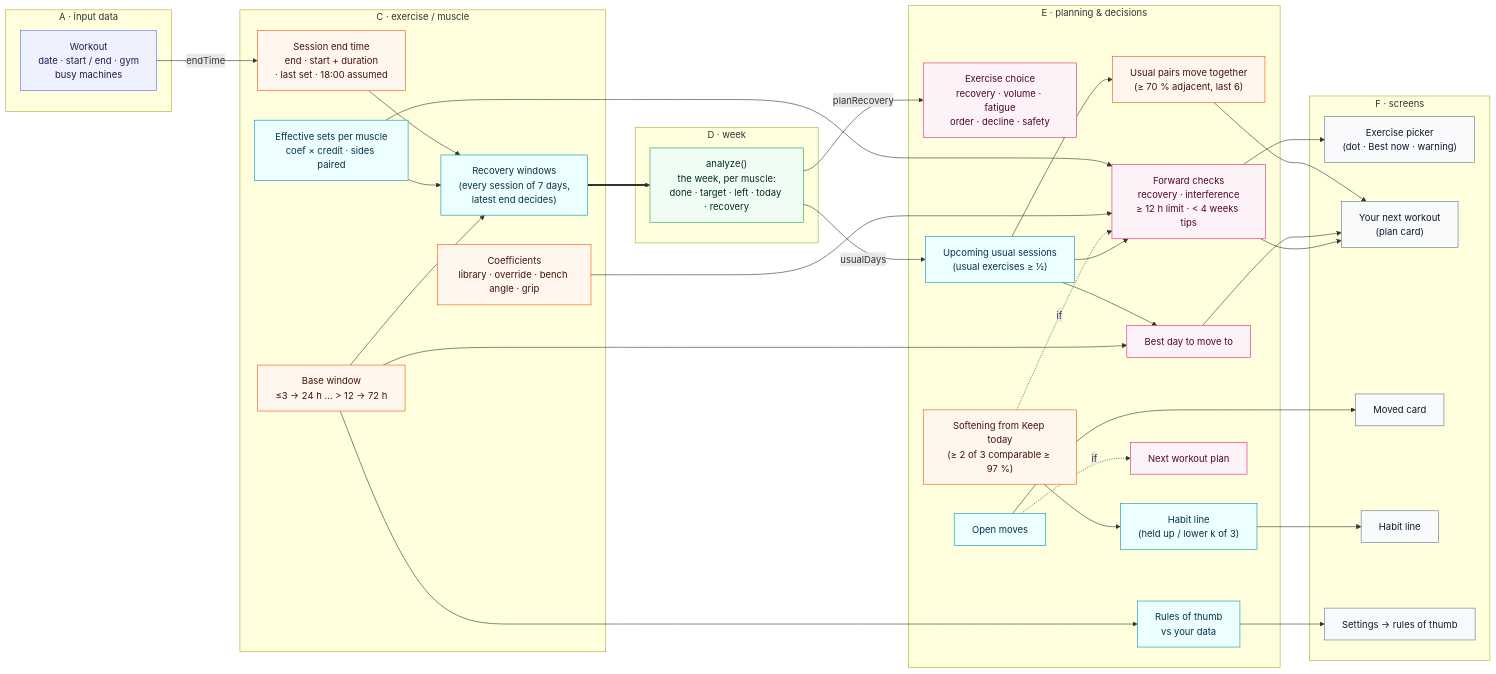
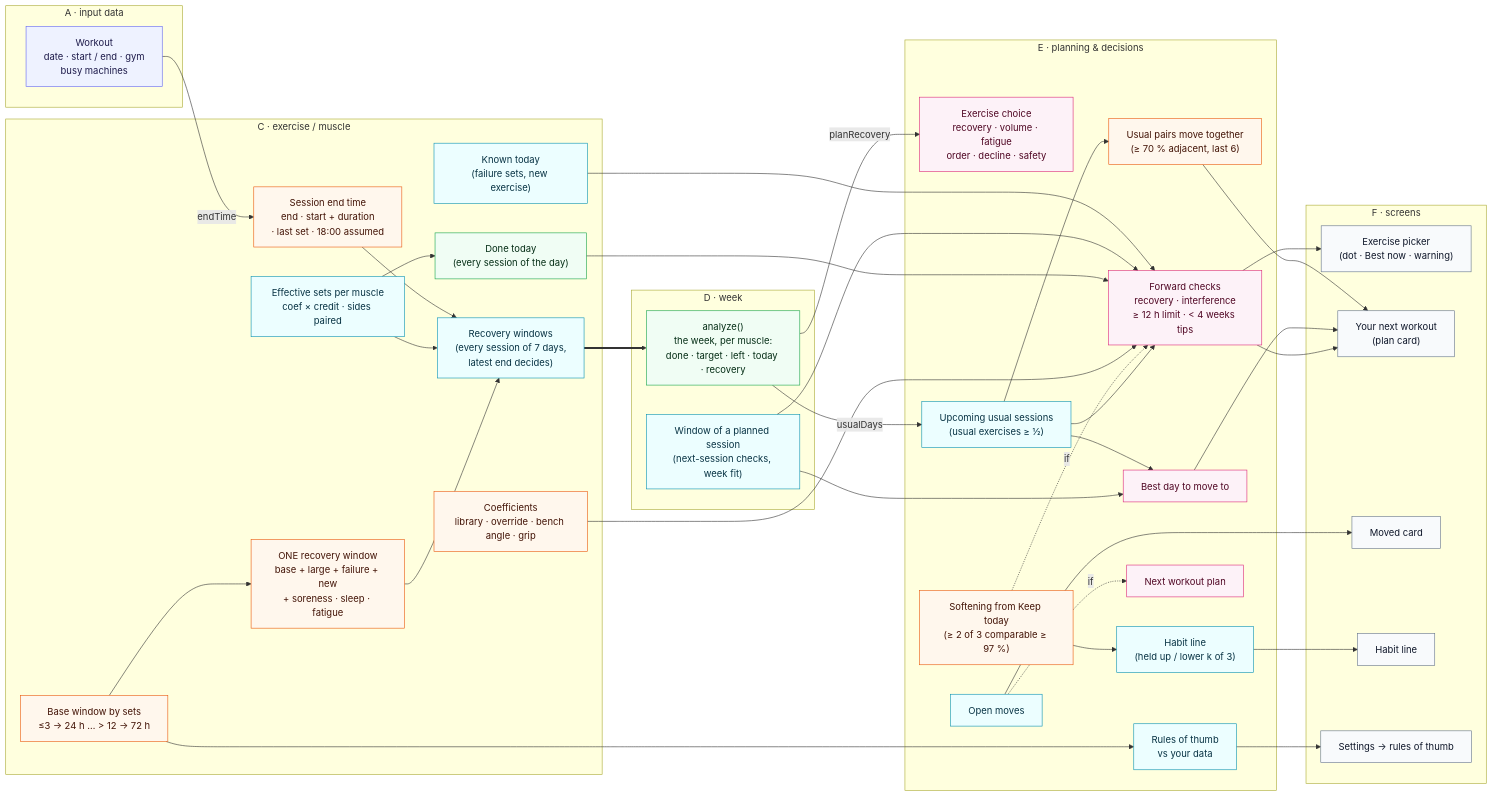
One commit to seniashinmaksim/gym-rat changed the sixth of 8 diagrams in docs/FORMULA_DEPENDENCY_MAP.md. Above: the diagram before and after it, drawn with Mermaid. The commit also changed other lines of this file and 34 other files, not shown here.

````diff
--- a/docs/FORMULA_DEPENDENCY_MAP.md
+++ b/docs/FORMULA_DEPENDENCY_MAP.md
@@ -425,65 +437,73 @@
 ```mermaid
 flowchart LR
   subgraph A["A · input data"]
     in_workout["Workout<br/>date · start / end · gym<br/>busy machines"]:::input
   end
   subgraph C["C · exercise / muscle"]
-    basewin["Base window<br/>≤3 → 24 h … > 12 → 72 h"]:::rule
+    basewin["Base window by sets<br/>≤3 → 24 h … > 12 → 72 h"]:::rule
+    window["ONE recovery window<br/>base + large + failure + new<br/>+ soreness · sleep · fatigue"]:::rule
     recovery["Recovery windows<br/>(every session of 7 days,<br/>latest end decides)"]:::formula
     volume["Effective sets per muscle<br/>coef × credit · sides paired"]:::formula
     sessionend["Session end time<br/>end · start + duration<br/>· last set · 18:00 assumed"]:::rule
     coef["Coefficients<br/>library · override · bench angle · grip"]:::rule
+    donetoday["Done today<br/>(every session of the day)"]:::aggregation
+    todayextra["Known today<br/>(failure sets, new exercise)"]:::formula
   end
   subgraph D["D · week"]
     analyze["analyze()<br/>the week, per muscle:<br/>done · target · left · today · recovery"]:::aggregation
+    sesswin["Window of a planned session<br/>(next-session checks, week fit)"]:::formula
   end
   subgraph E["E · planning & decisions"]
     choice["Exercise choice<br/>recovery · volume · fatigue<br/>order · decline · safety"]:::decision
     upcoming["Upcoming usual sessions<br/>(usual exercises ≥ ½)"]:::formula
     forward["Forward checks<br/>recovery · interference<br/>≥ 12 h limit · < 4 weeks tips"]:::decision
     kept["Softening from Keep today<br/>(≥ 2 of 3 comparable ≥ 97 %)"]:::rule
     moveday["Best day to move to"]:::decision
     partners["Usual pairs move together<br/>(≥ 70 % adjacent, last 6)"]:::rule
     habit["Habit line<br/>(held up / lower k of 3)"]:::formula
     moves["Open moves"]:::formula
     planner["Next workout plan"]:::decision
     rulechecks["Rules of thumb<br/>vs your data"]:::formula
   end
   subgraph F["F · screens"]
     ui_picker["Exercise picker<br/>(dot · Best now · warning)"]:::ui
     ui_plan["Your next workout<br/>(plan card)"]:::ui
     ui_moved["Moved card"]:::ui
     ui_habitline["Habit line"]:::ui
     ui_rulecheck["Settings → rules of thumb"]:::ui
   end
-  basewin --> recovery
+  basewin --> window
+  window --> recovery
   volume --> recovery
   in_workout -->|endTime| sessionend
   sessionend --> recovery
   recovery ==> analyze
   analyze -->|planRecovery| choice
   analyze -->|usualDays| upcoming
   upcoming --> forward
   kept -.->|if| forward
   coef --> forward
-  volume --> forward
-  basewin --> moveday
+  volume --> donetoday
+  donetoday --> forward
+  sesswin --> moveday
+  sesswin --> forward
+  todayextra --> forward
   upcoming --> moveday
   upcoming --> partners
   kept --> habit
   forward --> ui_picker
   forward --> ui_plan
   moveday --> ui_plan
   partners --> ui_plan
   moves --> ui_moved
   habit --> ui_habitline
   moves -.->|if| planner
   rulechecks --> ui_rulecheck
   basewin --> rulechecks
   classDef input fill:#eef2ff,stroke:#6366f1,color:#1e1b4b
   classDef formula fill:#ecfeff,stroke:#0891b2,color:#083344
   classDef rule fill:#fff7ed,stroke:#ea580c,color:#431407
   classDef aggregation fill:#f0fdf4,stroke:#16a34a,color:#052e16
   classDef decision fill:#fdf2f8,stroke:#db2777,color:#500724
   classDef ui fill:#f8fafc,stroke:#64748b,color:#0f172a
 ```
````
